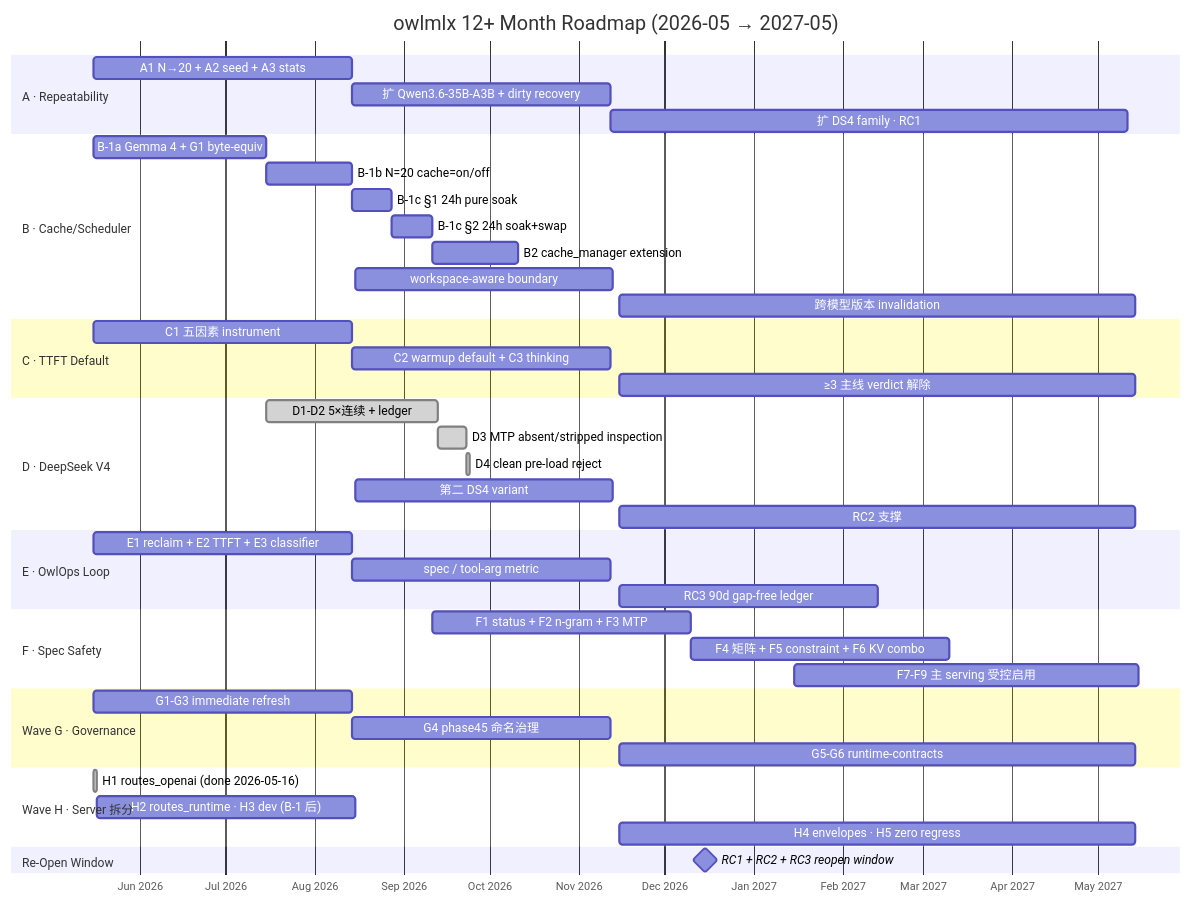
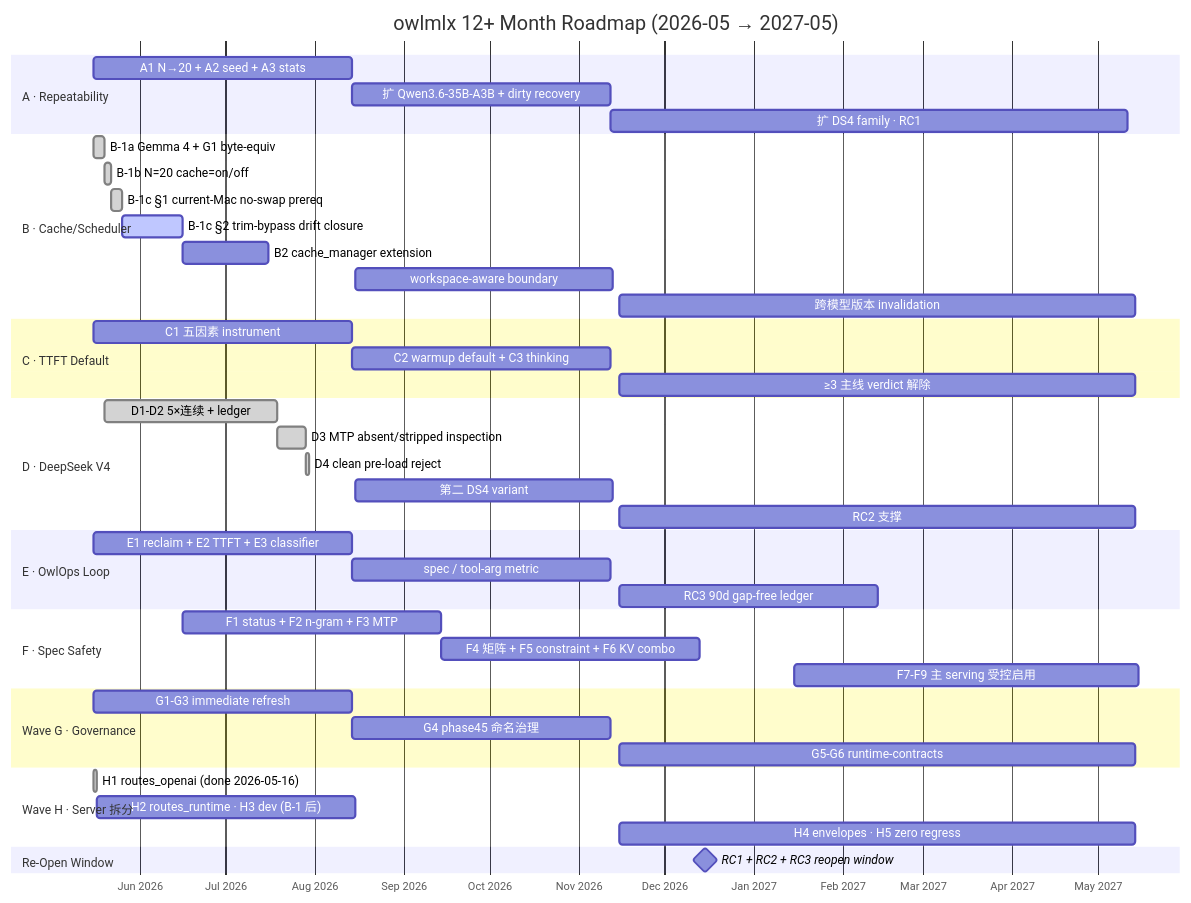
One commit to yeemio/owlmlx changed the fifth of 5 diagrams in docs/architect/04-architecture-canvas.md. Above: the diagram before and after it, drawn with Mermaid. The commit also changed other lines of this file and 1 other file, not shown here.

Commit message:
docs(architect): align market gap and canvas with B-1c drift state

````diff
--- a/docs/architect/04-architecture-canvas.md
+++ b/docs/architect/04-architecture-canvas.md
@@ -286,55 +286,55 @@
 ```mermaid
 gantt
     title owlmlx 12+ Month Roadmap (2026-05 → 2027-05)
     dateFormat YYYY-MM-DD
     axisFormat %b %Y
 
     section A · Repeatability
     A1 N→20 + A2 seed + A3 stats         :a1, 2026-05-16, 90d
     扩 Qwen3.6-35B-A3B + dirty recovery  :a2, after a1, 90d
     扩 DS4 family · RC1                  :a3, after a2, 180d
 
     section B · Cache/Scheduler
-    B-1a Gemma 4 + G1 byte-equiv         :b1a, 2026-05-16, 60d
-    B-1b N=20 cache=on/off               :b1b, after b1a, 30d
-    B-1c §1 24h pure soak                :b1c1, after b1b, 14d
-    B-1c §2 24h soak+swap                :b1c2, after b1c1, 14d
+    B-1a Gemma 4 + G1 byte-equiv         :done, b1a, 2026-05-16, 4d
+    B-1b N=20 cache=on/off               :done, b1b, after b1a, 2d
+    B-1c §1 current-Mac no-swap prereq   :done, b1c1, after b1b, 4d
+    B-1c §2 trim-bypass drift closure    :active, b1c2, after b1c1, 21d
     B2 cache_manager extension           :b2, after b1c2, 30d
     workspace-aware boundary             :b3, 2026-08-15, 90d
     跨模型版本 invalidation                :b4, 2026-11-15, 180d
 
     section C · TTFT Default
     C1 五因素 instrument                 :c1, 2026-05-16, 90d
     C2 warmup default + C3 thinking      :c2, after c1, 90d
     ≥3 主线 verdict 解除                  :c3, 2026-11-15, 180d
 
     section D · DeepSeek V4
     D1-D2 5×连续 + ledger                :done, d1, after b1a, 60d
     D3 MTP absent/stripped inspection    :done, d3, after d1, 10d
     D4 clean pre-load reject             :done, d4, after d3, 1d
     第二 DS4 variant                      :d5, 2026-08-15, 90d
     RC2 支撑                              :d6, 2026-11-15, 180d
 
     section E · OwlOps Loop
     E1 reclaim + E2 TTFT + E3 classifier :e1, 2026-05-16, 90d
     spec / tool-arg metric               :e2, after e1, 90d
     RC3 90d gap-free ledger              :e3, 2026-11-15, 90d
 
     section F · Spec Safety
     F1 status + F2 n-gram + F3 MTP       :f1, after b1c2, 90d
     F4 矩阵 + F5 constraint + F6 KV combo:f4, after f1, 90d
     F7-F9 主 serving 受控启用             :f7, 2027-01-15, 120d
 
     section Wave G · Governance
     G1-G3 immediate refresh              :g1, 2026-05-16, 90d
     G4 phase45 命名治理                   :g4, after g1, 90d
     G5-G6 runtime-contracts              :g5, 2026-11-15, 180d
 
     section Wave H · Server 拆分
     H1 routes_openai (done 2026-05-16)   :done, h1, 2026-05-16, 1d
     H2 routes_runtime · H3 dev (B-1 后)  :h2, after h1, 90d
     H4 envelopes · H5 zero regress       :h4, 2026-11-15, 180d
 
     section Re-Open Window
     RC1 + RC2 + RC3 reopen window        :milestone, m1, 2026-11-15, 60d
 ```
````
